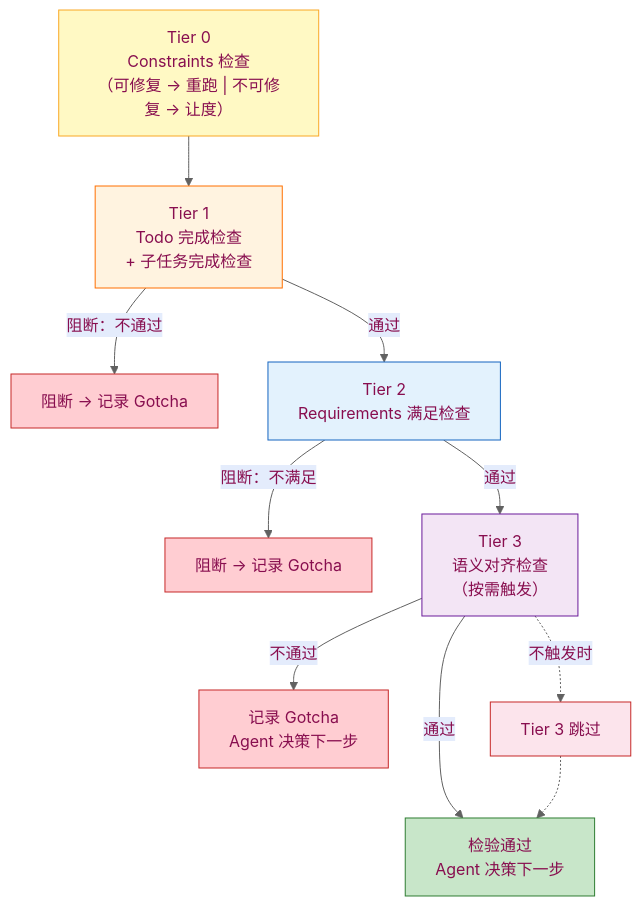
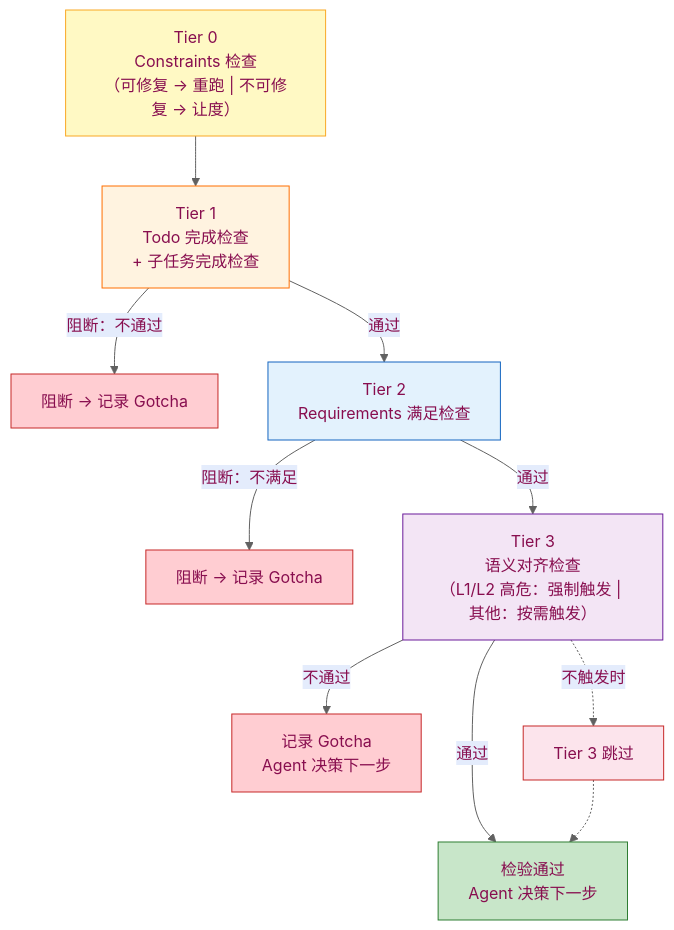
The ninth of 11 diagrams in docs/spec.md (Lazyn0tBug/mem0ress), drawn with Mermaid before and after one commit. The commit also changed other lines of this file, not shown here.

````diff
--- a/docs/spec.md
+++ b/docs/spec.md
@@ -559,22 +559,22 @@
 ```mermaid
 %% label：四层检验递进关系
 %%{ init: { 'theme': 'base', 'themeVariables': { 'primaryColor': '#fce4ec', 'primaryTextColor': '#880e4f', 'primaryBorderColor': '#c62828', 'lineColor': '#616161', 'noteBkgColor': '#fce4ec', 'noteTextColor': '#880e4f' } } }%%
 flowchart TB
     T0["Tier 0\nConstraints 检查\n（可修复 → 重跑 | 不可修复 → 让度）"] --> T1["Tier 1\nTodo 完成检查\n+ 子任务完成检查"]
     T1 -->|阻断：不通过| BLOCK1["阻断 → 记录 Gotcha"]
     T1 -->|通过| T2["Tier 2\nRequirements 满足检查"]
     T2 -->|阻断：不满足| BLOCK2["阻断 → 记录 Gotcha"]
-    T2 -->|通过| T3["Tier 3\n语义对齐检查\n（按需触发）"]
+    T2 -->|通过| T3["Tier 3\n语义对齐检查\n（L1/L2 高危：强制触发 | 其他：按需触发）"]
     T3 -->|通过| PASS["检验通过\nAgent 决策下一步"]
     T3 -->|不通过| BLOCK3["记录 Gotcha\nAgent 决策下一步"]
     T3 -.->|不触发时| SKIP["Tier 3 跳过"]
     SKIP -.-> PASS
     style T0 fill:#fff9c4,stroke:#f9a825
     style T1 fill:#fff3e0,stroke:#ff6f00
     style T2 fill:#e3f2fd,stroke:#1565c0
     style T3 fill:#f3e5f5,stroke:#6a1b9a
     style BLOCK1 fill:#ffcdd2,stroke:#c62828
     style BLOCK2 fill:#ffcdd2,stroke:#c62828
     style BLOCK3 fill:#ffcdd2,stroke:#c62828
     style PASS fill:#c8e6c9,stroke:#2e7d32
 ```
````
